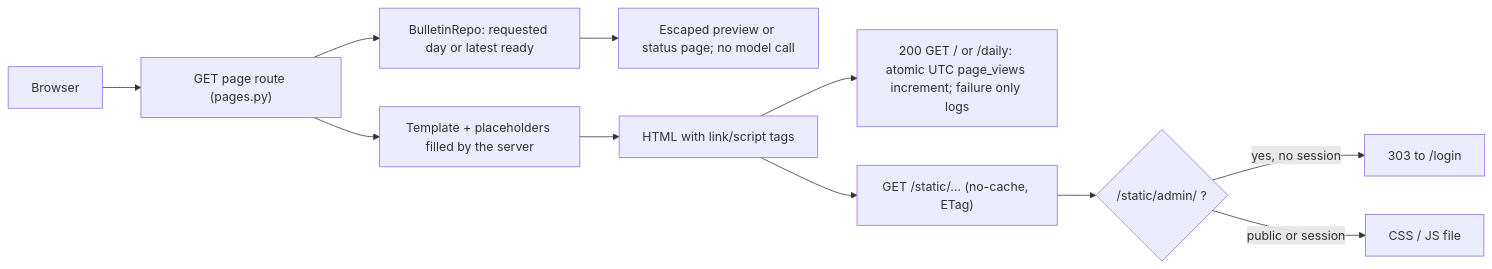
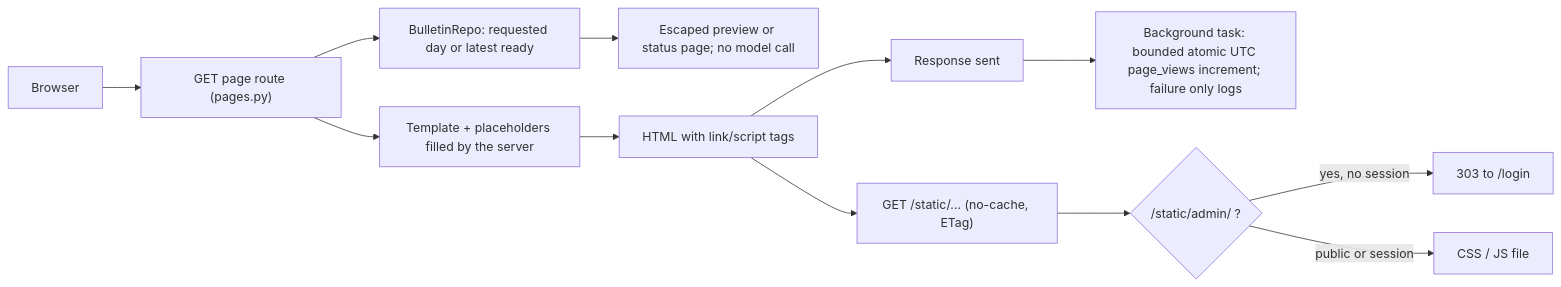
Before and after one commit to Orlv-85/AI_PARSER: the diagram in src/app/web/pages.md, drawn with Mermaid. The commit also changed other lines of this file and 8 other files, not shown here.

Commit message:
fix(018) item 6b: count page views after the response with bounded waits, keep / OpenAPI, split page handlers (CRAP 32.9 -> 8)

````diff
--- a/src/app/web/pages.md
+++ b/src/app/web/pages.md
@@ -21,13 +21,14 @@
 ```mermaid
 flowchart LR
   browser["Browser"] --> route["GET page route (pages.py)"]
   route --> fill["Template + placeholders filled by the server"]
   route --> bulletin["BulletinRepo: requested day or latest ready"]
   bulletin --> preview["Escaped preview or status page; no model call"]
   fill --> html["HTML with link/script tags"]
-  html --> count["200 GET / or /daily: atomic UTC page_views increment; failure only logs"]
+  html --> sent["Response sent"]
+  sent --> count["Background task: bounded atomic UTC page_views increment; failure only logs"]
   html --> assets["GET /static/... (no-cache, ETag)"]
   assets --> auth{"/static/admin/ ?"}
   auth -- "yes, no session" --> login["303 to /login"]
   auth -- "public or session" --> file["CSS / JS file"]
 ```
````
